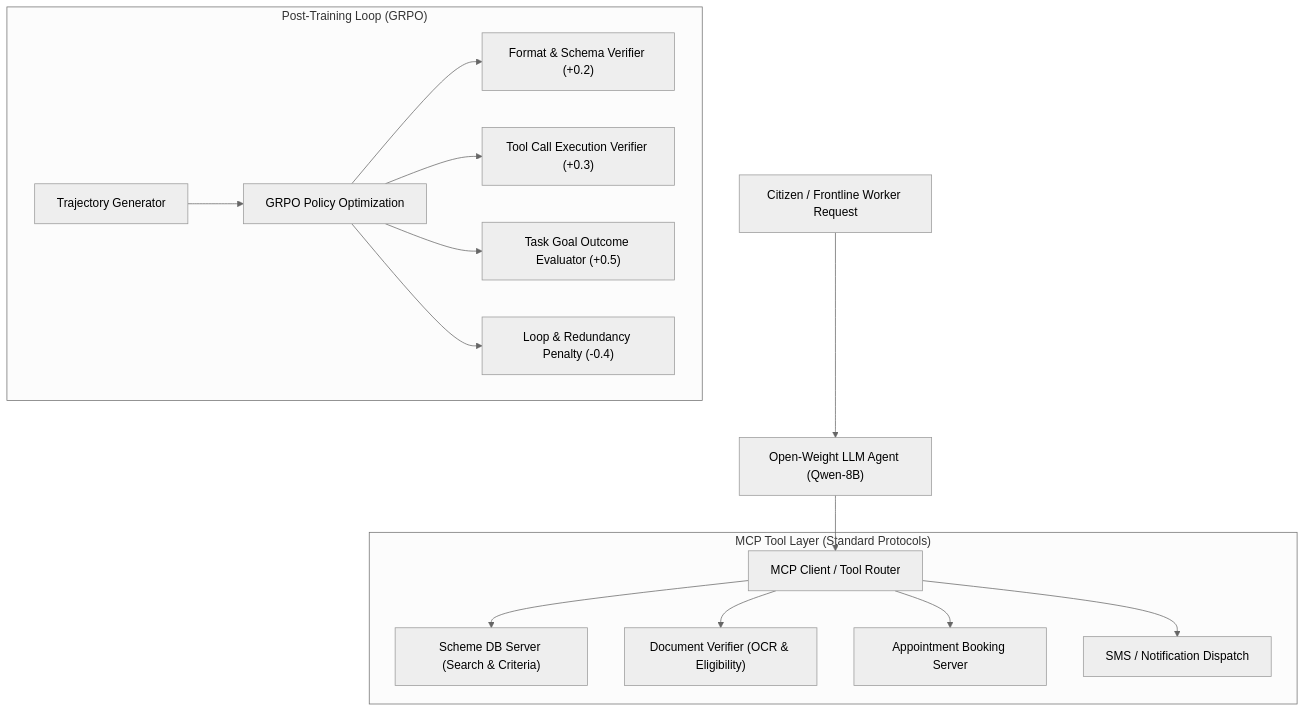
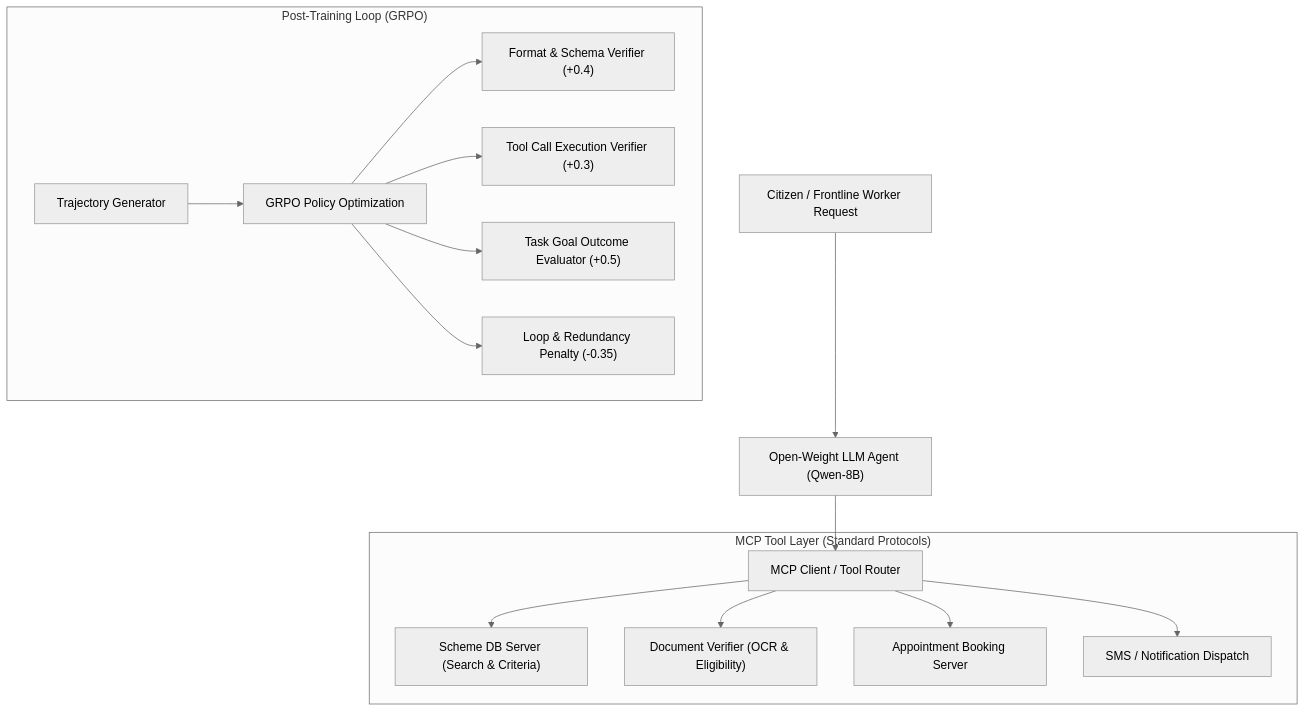
Before and after one commit to Mahirlokare/RL-Trained-Open-Weight-Tool-Use-Agent-for-Public-Services-MCP-GRPO-: the diagram in README.md, drawn with Mermaid (neutral theme). The commit also changed other lines of this file and 2 other files, not shown here.

````diff
--- a/README.md
+++ b/README.md
@@ -7,20 +38,20 @@
 ```mermaid
 flowchart TD
     User["Citizen / Frontline Worker Request"] --> Agent["Open-Weight LLM Agent (Qwen-8B)"]
     Agent --> MCPBridge["MCP Client / Tool Router"]
     
     subgraph "MCP Tool Layer (Standard Protocols)"
         MCPBridge --> S1["Scheme DB Server (Search & Criteria)"]
         MCPBridge --> S2["Document Verifier (OCR & Eligibility)"]
         MCPBridge --> S3["Appointment Booking Server"]
         MCPBridge --> S4["SMS / Notification Dispatch"]
     end
     
     subgraph "Post-Training Loop (GRPO)"
         Train["Trajectory Generator"] --> RL["GRPO Policy Optimization"]
-        RL --> V1["Format & Schema Verifier (+0.2)"]
+        RL --> V1["Format & Schema Verifier (+0.4)"]
         RL --> V2["Tool Call Execution Verifier (+0.3)"]
         RL --> V3["Task Goal Outcome Evaluator (+0.5)"]
-        RL --> V4["Loop & Redundancy Penalty (-0.4)"]
+        RL --> V4["Loop & Redundancy Penalty (-0.35)"]
     end
 ```
````
